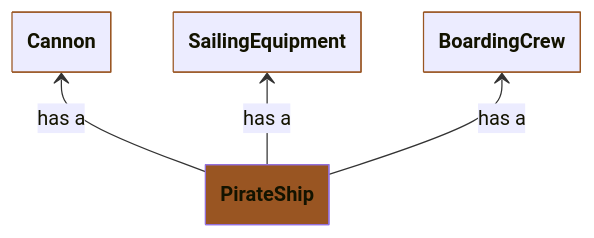
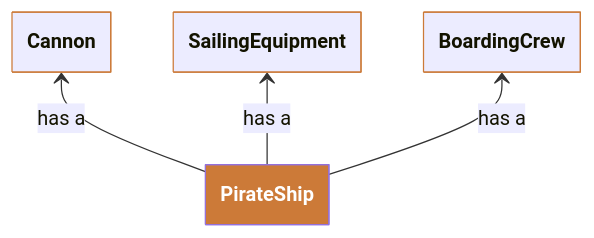
One commit to lewisbar/lewisbar.github.io changed the fourth of 10 diagrams in _posts/2025-08-29-Composite Reuse Principle.md. Above: the diagram before and after it, drawn with Mermaid. The commit also changed other lines of this file, not shown here.

Commit message:
Improve Mermaid colors to look good in light and dark mode

````diff
--- a/_posts/2025-08-29-Composite Reuse Principle.md
+++ b/_posts/2025-08-29-Composite Reuse Principle.md
@@ -371,18 +371,18 @@
 ```mermaid
 ---
 config:
     class:
         hideEmptyMembersBox: true
 ---
 classDiagram
     class Cannon:::picked
     class SailingEquipment:::picked
     class BoardingCrew:::picked
     class PirateShip
-    style PirateShip fill:#952
-    classDef picked stroke:#952
+    style PirateShip fill:#CC7A38,color:white
+    classDef picked stroke:#CC7A38
 
     Cannon <-- PirateShip: has a
     SailingEquipment <-- PirateShip: has a
     BoardingCrew <-- PirateShip: has a
 ```
````
